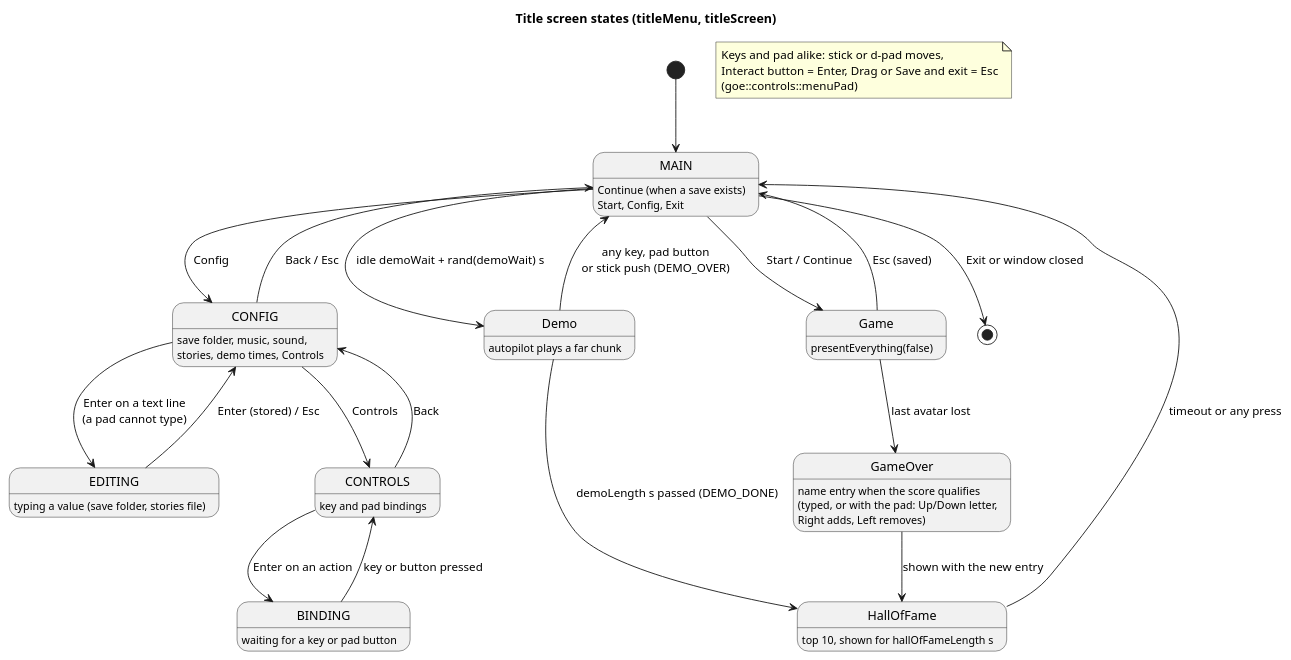
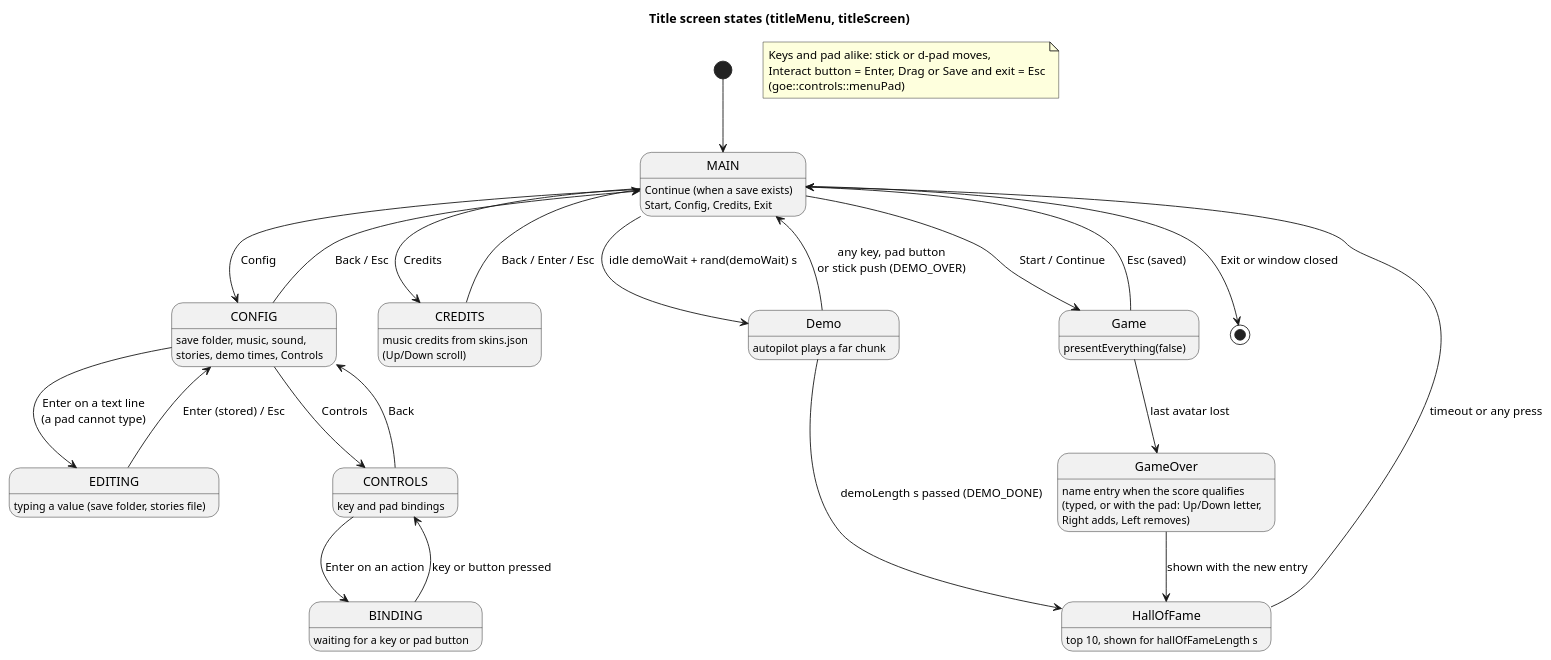
The diagram in docs/diagrams/11-title-menu-states.puml (arielkonopka/Gardens-of-Eris), drawn with PlantUML before and after one commit. The commit also changed 16 other files, not shown here.

First line of the commit message:
Add a Credits screen with the music credits to the title menu

```diff
--- a/docs/diagrams/11-title-menu-states.puml
+++ b/docs/diagrams/11-title-menu-states.puml
@@ -1,32 +1,35 @@
 @startuml
 title Title screen states (titleMenu, titleScreen)
 [*] --> MAIN
 note "Keys and pad alike: stick or d-pad moves,\nInteract button = Enter, Drag or Save and exit = Esc\n(goe::controls::menuPad)" as padNote
-state MAIN : Continue (when a save exists)\nStart, Config, Exit
+state MAIN : Continue (when a save exists)\nStart, Config, Credits, Exit
 state CONFIG : save folder, music, sound,\nstories, demo times, Controls
 state EDITING : typing a value (save folder, stories file)
 state CONTROLS : key and pad bindings
 state BINDING : waiting for a key or pad button
+state CREDITS : music credits from skins.json\n(Up/Down scroll)
 state Demo : autopilot plays a far chunk
 state HallOfFame : top 10, shown for hallOfFameLength s
 state Game : presentEverything(false)
 state GameOver : name entry when the score qualifies\n(typed, or with the pad: Up/Down letter,\nRight adds, Left removes)
 
 MAIN --> CONFIG : Config
 CONFIG --> MAIN : Back / Esc
 CONFIG --> EDITING : Enter on a text line\n(a pad cannot type)
 EDITING --> CONFIG : Enter (stored) / Esc
 CONFIG --> CONTROLS : Controls
 CONTROLS --> BINDING : Enter on an action
 BINDING --> CONTROLS : key or button pressed
 CONTROLS --> CONFIG : Back
+MAIN --> CREDITS : Credits
+CREDITS --> MAIN : Back / Enter / Esc
 MAIN --> Demo : idle demoWait + rand(demoWait) s
 Demo --> MAIN : any key, pad button\nor stick push (DEMO_OVER)
 Demo --> HallOfFame : demoLength s passed (DEMO_DONE)
 HallOfFame --> MAIN : timeout or any press
 MAIN --> Game : Start / Continue
 Game --> MAIN : Esc (saved)
 Game --> GameOver : last avatar lost
 GameOver --> HallOfFame : shown with the new entry
 MAIN --> [*] : Exit or window closed
 @enduml
```
